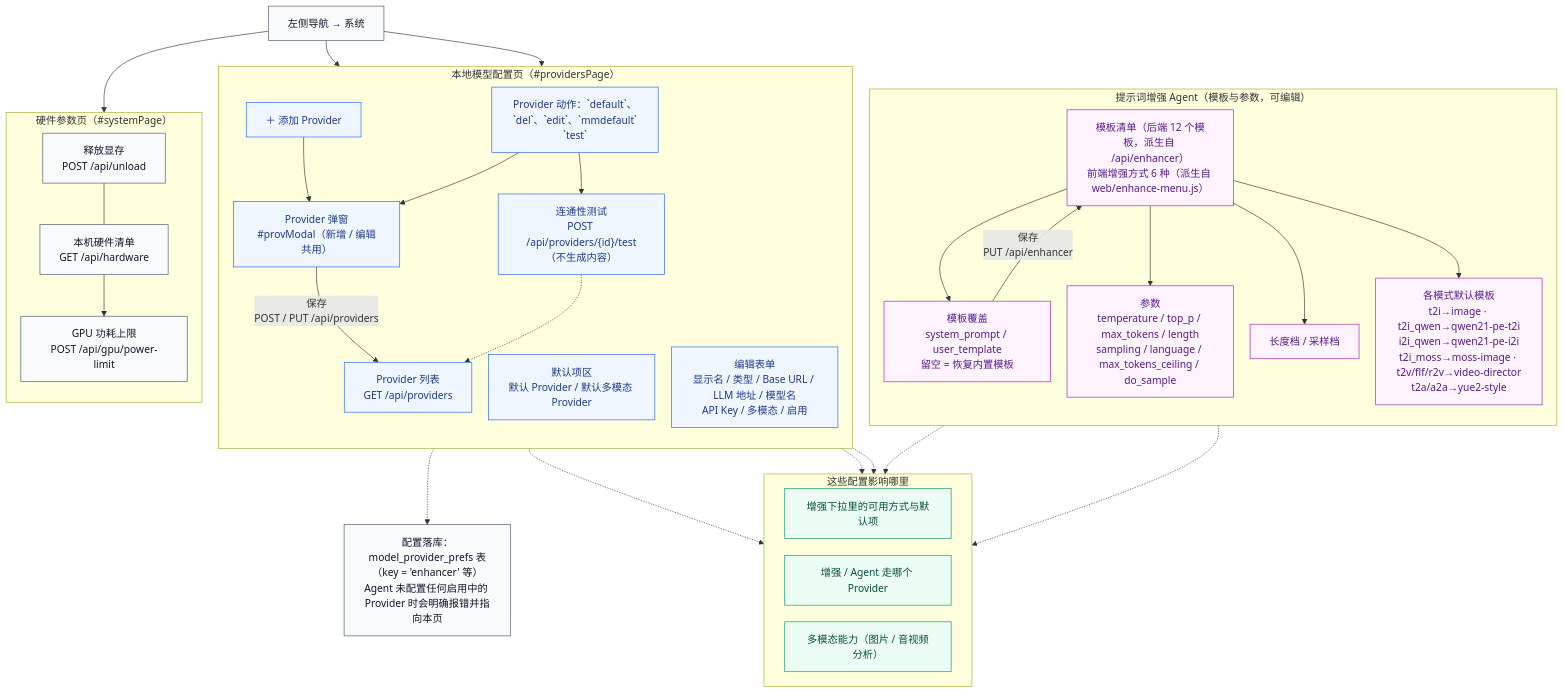
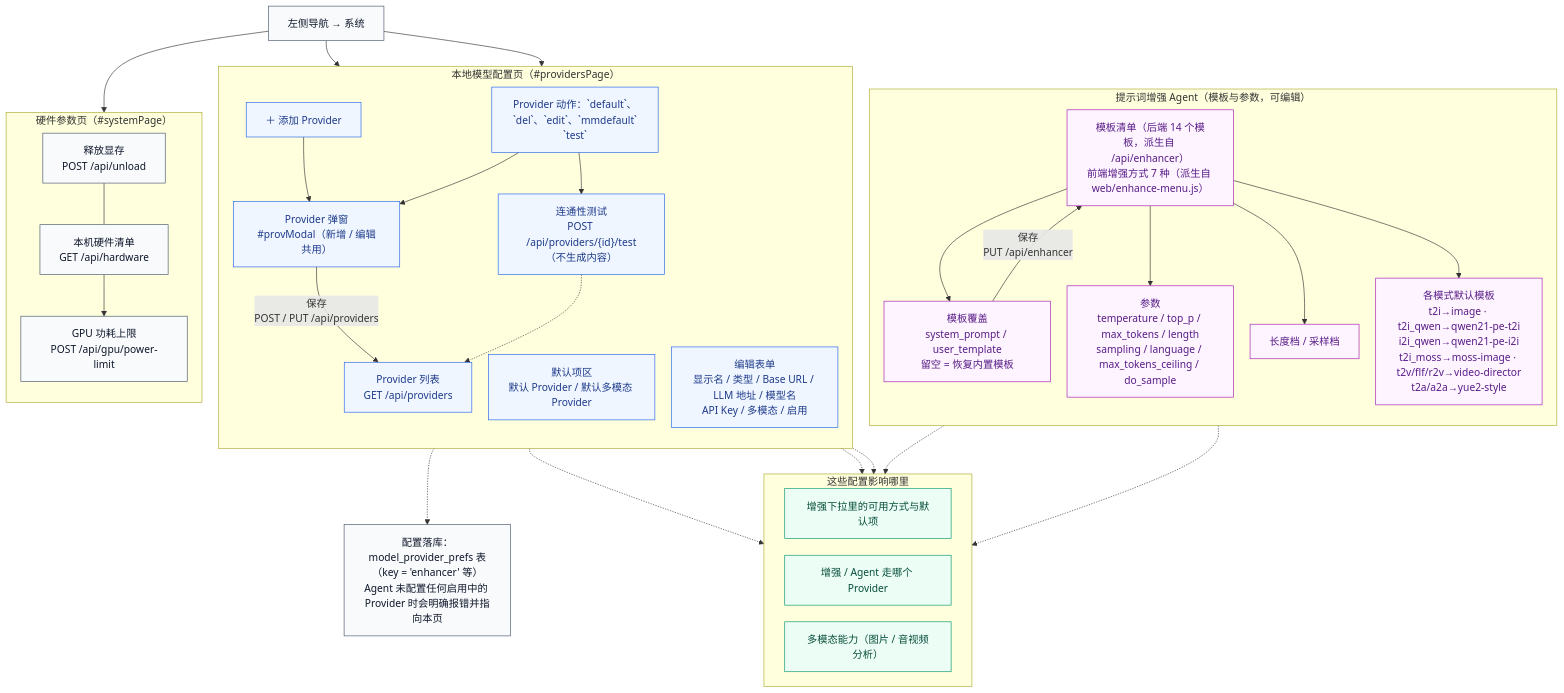
One commit to pixelaigc/ComfyUI-MiniMax-H3-Studio changed the diagram in docs/交互流程图-系统配置.mmd. Above: the diagram before and after it, drawn with Mermaid. The commit also changed 49 other files, not shown here.

```diff
--- a/docs/交互流程图-系统配置.mmd
+++ b/docs/交互流程图-系统配置.mmd
@@ -1,81 +1,81 @@
 %%{init: {"flowchart": {"curve": "basis", "nodeSpacing": 26, "rankSpacing": 40, "htmlLabels": true}, "themeVariables": {"fontFamily": "Noto Sans CJK SC, Noto Sans SC, DejaVu Sans, sans-serif"}}}%%
 %% 交互流程图 · ④ 系统配置（本地模型 Provider / 提示词增强 Agent 模板 / 硬件参数）
 %% 本文件由 scripts/gen_flow.py 从 scripts/templates/flow-system.mmd 生成，请勿手改。
 %% 要改流程形状请改 scripts/templates/flow-system.mmd，然后跑 `make flow`。
 flowchart TD
 
   NAV_SYS["左侧导航 → 系统"]
 
   subgraph PROV["本地模型配置页（#providersPage）"]
     direction TB
     P_LIST["Provider 列表<br/>GET /api/providers"]
     P_DEFAULT["默认项区<br/>默认 Provider / 默认多模态 Provider"]
     P_ADD["＋ 添加 Provider"]
     P_ACTIONS["Provider 动作：`default`、`del`、`edit`、`mmdefault`<br/>`test`"]
     P_FORM["编辑表单<br/>显示名 / 类型 / Base URL / LLM 地址 / 模型名<br/>API Key / 多模态 / 启用"]
     P_TEST["连通性测试<br/>POST /api/providers/{id}/test（不生成内容）"]
     P_MODAL["Provider 弹窗<br/>#provModal（新增 / 编辑共用）"]
   end
 
   NAV_SYS --> P_LIST
   NAV_SYS --> P_DEFAULT
   P_ADD --> P_MODAL
   P_ACTIONS --> P_MODAL
   P_ACTIONS --> P_TEST
   P_MODAL -->|"保存<br/>POST / PUT /api/providers"| P_LIST
   P_TEST -.-> P_LIST
 
   subgraph ENH["提示词增强 Agent（模板与参数，可编辑）"]
     direction TB
-    E_TPL["模板清单（后端 12 个模板，派生自 /api/enhancer）<br/>前端增强方式 6 种（派生自 web/enhance-menu.js）"]
+    E_TPL["模板清单（后端 14 个模板，派生自 /api/enhancer）<br/>前端增强方式 7 种（派生自 web/enhance-menu.js）"]
     E_OVER["模板覆盖<br/>system_prompt / user_template<br/>留空 = 恢复内置模板"]
     E_PARAM["参数<br/>temperature / top_p / max_tokens / length<br/>sampling / language / max_tokens_ceiling / do_sample"]
     E_LEN["长度档 / 采样档"]
     E_DEFAULT["各模式默认模板<br/>t2i→image · t2i_qwen→qwen21-pe-t2i<br/>i2i_qwen→qwen21-pe-i2i<br/>t2i_moss→moss-image · t2v/flf/r2v→video-director<br/>t2a/a2a→yue2-style"]
   end
 
   E_TPL --> E_OVER
   E_TPL --> E_PARAM
   E_TPL --> E_LEN
   E_TPL --> E_DEFAULT
   E_OVER -->|"保存<br/>PUT /api/enhancer"| E_TPL
 
   subgraph HW["硬件参数页（#systemPage）"]
     direction TB
     H_LIST["本机硬件清单<br/>GET /api/hardware"]
     H_PL["GPU 功耗上限<br/>POST /api/gpu/power-limit"]
     H_UNLOAD["释放显存<br/>POST /api/unload"]
   end
 
   NAV_SYS --> H_LIST
   H_LIST --> H_PL
   H_UNLOAD --- H_LIST
 
   subgraph EFFECT["这些配置影响哪里"]
     direction LR
     X_ENH["增强下拉里的可用方式与默认项"]
     X_PROV["增强 / Agent 走哪个 Provider"]
     X_MM["多模态能力（图片 / 音视频分析）"]
   end
 
   E_DEFAULT -.-> X_ENH
   E_PARAM -.-> X_ENH
   P_DEFAULT -.-> X_PROV
   P_FORM -.-> X_PROV
   P_FORM -.-> X_MM
 
   NOTE["配置落库：model_provider_prefs 表（key = 'enhancer' 等）<br/>Agent 未配置任何启用中的 Provider 时会明确报错并指向本页"]
 
   P_LIST -.-> NOTE
 
   classDef sys fill:#f8fafc,stroke:#475569,stroke-width:1px,color:#0f172a;
   classDef prov fill:#eff6ff,stroke:#2563eb,stroke-width:1px,color:#1e3a8a;
   classDef enh fill:#fdf4ff,stroke:#a21caf,stroke-width:1px,color:#581c87;
   classDef eff fill:#ecfdf5,stroke:#059669,stroke-width:1px,color:#064e3b;
   classDef note fill:#f8fafc,stroke:#475569,stroke-width:1px,color:#0f172a;
 
   class NAV_SYS,H_LIST,H_PL,H_UNLOAD sys;
   class P_LIST,P_DEFAULT,P_ADD,P_ACTIONS,P_FORM,P_TEST,P_MODAL prov;
   class E_TPL,E_OVER,E_PARAM,E_LEN,E_DEFAULT enh;
   class X_ENH,X_PROV,X_MM eff;
   class NOTE note;
```
